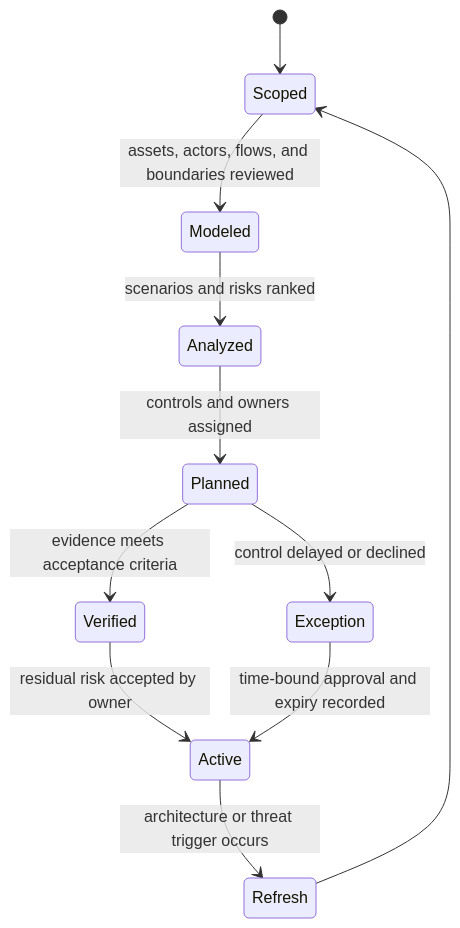
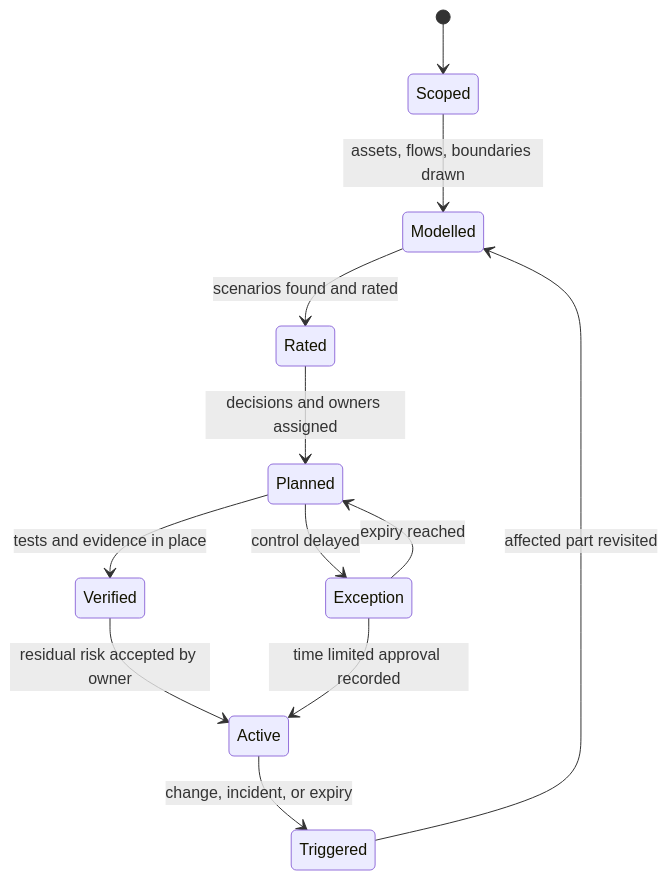
The eighth of 12 diagrams in 15_Security/CH12_Threat_Modeling.md (joydasss/Architect), drawn with Mermaid before and after one commit. The commit also changed other lines of this file and 295 other files, not shown here.

````diff
--- a/15_Security/CH12_Threat_Modeling.md
+++ b/15_Security/CH12_Threat_Modeling.md
@@ -88,13 +625,14 @@
 ```mermaid
 stateDiagram-v2
     [*] --> Scoped
-    Scoped --> Modeled: assets, actors, flows, and boundaries reviewed
-    Modeled --> Analyzed: scenarios and risks ranked
-    Analyzed --> Planned: controls and owners assigned
-    Planned --> Verified: evidence meets acceptance criteria
+    Scoped --> Modelled: assets, flows, boundaries drawn
+    Modelled --> Rated: scenarios found and rated
+    Rated --> Planned: decisions and owners assigned
+    Planned --> Verified: tests and evidence in place
     Verified --> Active: residual risk accepted by owner
-    Active --> Refresh: architecture or threat trigger occurs
-    Refresh --> Scoped
-    Planned --> Exception: control delayed or declined
-    Exception --> Active: time-bound approval and expiry recorded
+    Active --> Triggered: change, incident, or expiry
+    Triggered --> Modelled: affected part revisited
+    Planned --> Exception: control delayed
+    Exception --> Active: time limited approval recorded
+    Exception --> Planned: expiry reached
 ```
````
